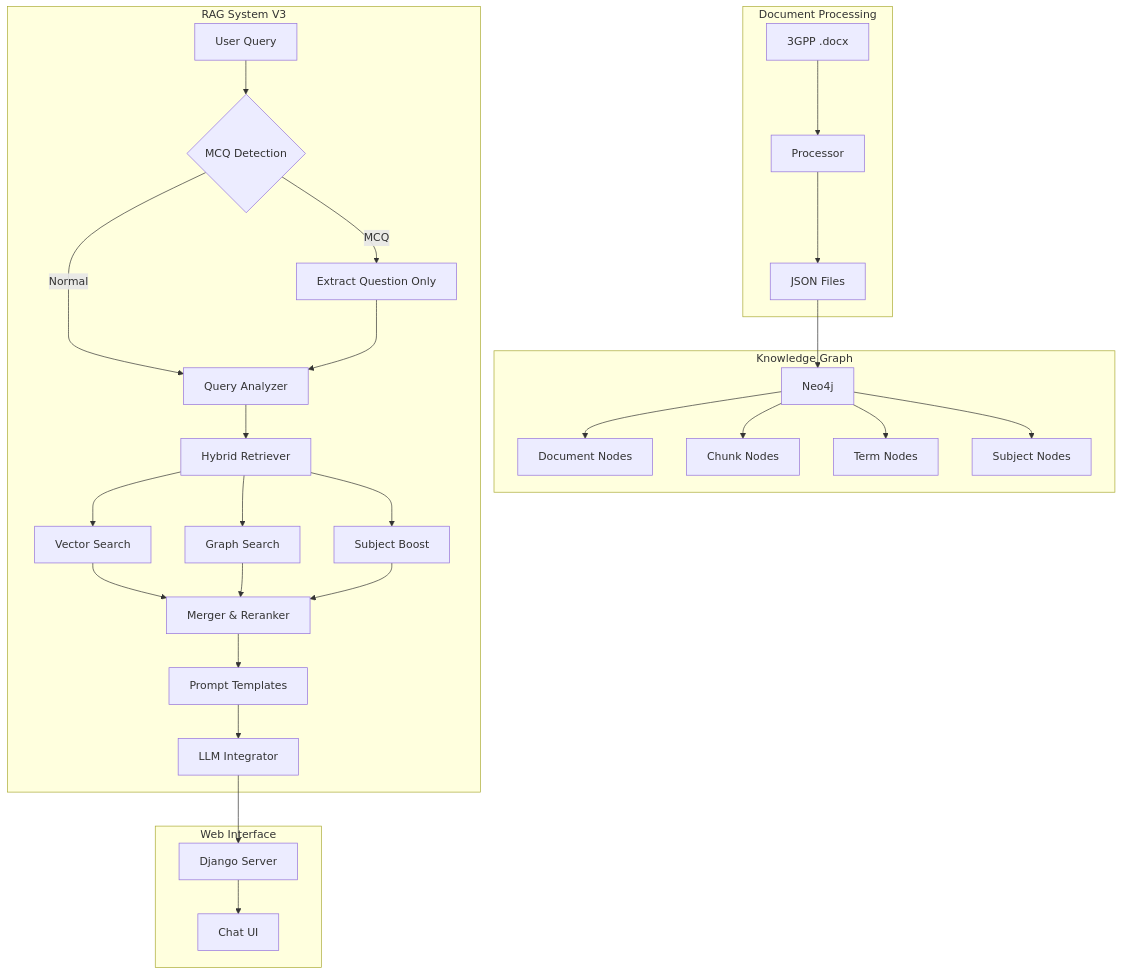
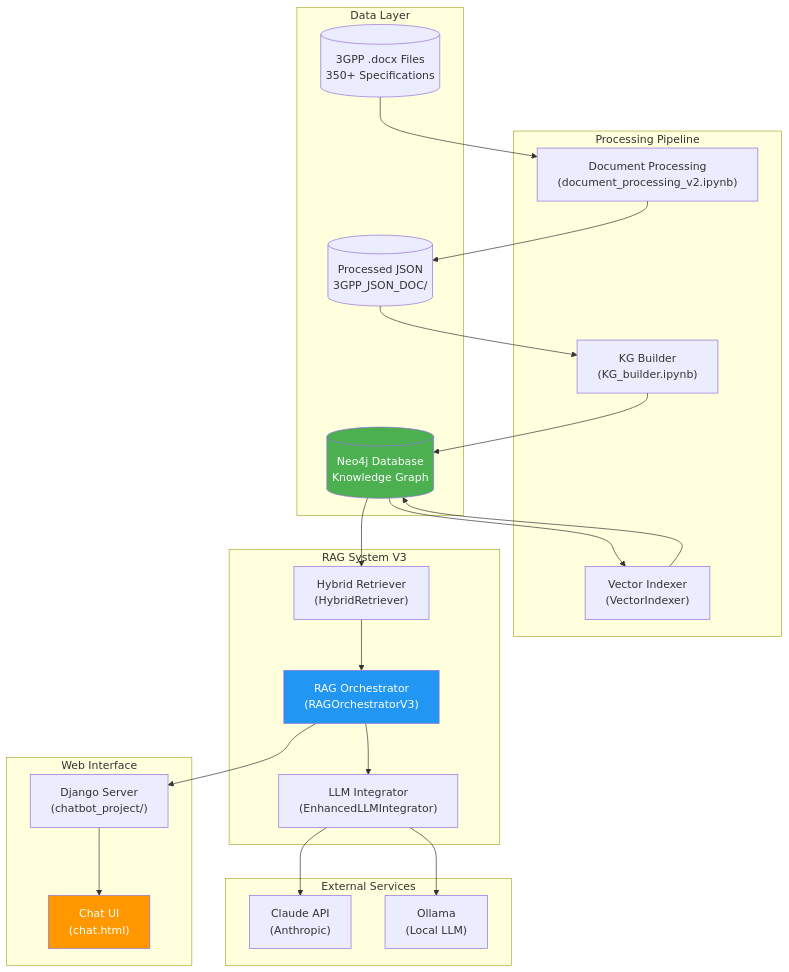
The first of 3 diagrams in README.md (nhatlinh041/chatbot_RAG_3GPP), drawn with Mermaid before and after one commit. The commit also changed other lines of this file and 6 other files, not shown here.

````diff
--- a/README.md
+++ b/README.md
@@ -35,36 +129,50 @@
 ```mermaid
 graph TB
-    subgraph "Document Processing"
-        D[3GPP .docx] --> P[Processor]
-        P --> J[JSON Files]
+    subgraph "Data Layer"
+        DOC[("3GPP .docx Files<br/>350+ Specifications")]
+        JSON[("Processed JSON<br/>3GPP_JSON_DOC/")]
+        NEO4J[("Neo4j Database<br/>Knowledge Graph")]
     end
 
-    subgraph "Knowledge Graph"
-        J --> KG[Neo4j]
-        KG --> DOC[Document Nodes]
-        KG --> CHK[Chunk Nodes]
-        KG --> TRM[Term Nodes]
-        KG --> SUB[Subject Nodes]
+    subgraph "Processing Pipeline"
+        DP["Document Processing<br/>(document_processing_v2.ipynb)"]
+        KGB["KG Builder<br/>(KG_builder.ipynb)"]
+        VEC["Vector Indexer<br/>(VectorIndexer)"]
     end
 
     subgraph "RAG System V3"
-        Q[User Query] --> MCQ{MCQ Detection}
-        MCQ -->|MCQ| MCQE[Extract Question Only]
-        MCQ -->|Normal| QA[Query Analyzer]
-        MCQE --> QA
-        QA --> HR[Hybrid Retriever]
-        HR --> VS[Vector Search]
-        HR --> GS[Graph Search]
-        HR --> SB[Subject Boost]
-        VS --> MRG[Merger & Reranker]
-        GS --> MRG
-        SB --> MRG
-        MRG --> PT[Prompt Templates]
-        PT --> LLM[LLM Integrator]
+        ORCH["RAG Orchestrator<br/>(RAGOrchestratorV3)"]
+        HR["Hybrid Retriever<br/>(HybridRetriever)"]
+        LLM["LLM Integrator<br/>(EnhancedLLMIntegrator)"]
     end
 
     subgraph "Web Interface"
-        LLM --> DJ[Django Server]
-        DJ --> UI[Chat UI]
+        DJ["Django Server<br/>(chatbot_project/)"]
+        UI["Chat UI<br/>(chat.html)"]
     end
+
+    subgraph "External Services"
+        CLAUDE["Claude API<br/>(Anthropic)"]
+        OLLAMA["Ollama<br/>(Local LLM)"]
+    end
+
+    DOC --> DP
+    DP --> JSON
+    JSON --> KGB
+    KGB --> NEO4J
+    NEO4J --> VEC
+    VEC --> NEO4J
+
+    NEO4J --> HR
+    HR --> ORCH
+    ORCH --> LLM
+    LLM --> CLAUDE
+    LLM --> OLLAMA
+
+    ORCH --> DJ
+    DJ --> UI
+
+    style NEO4J fill:#4CAF50,color:white
+    style ORCH fill:#2196F3,color:white
+    style UI fill:#FF9800,color:white
 ```
````
